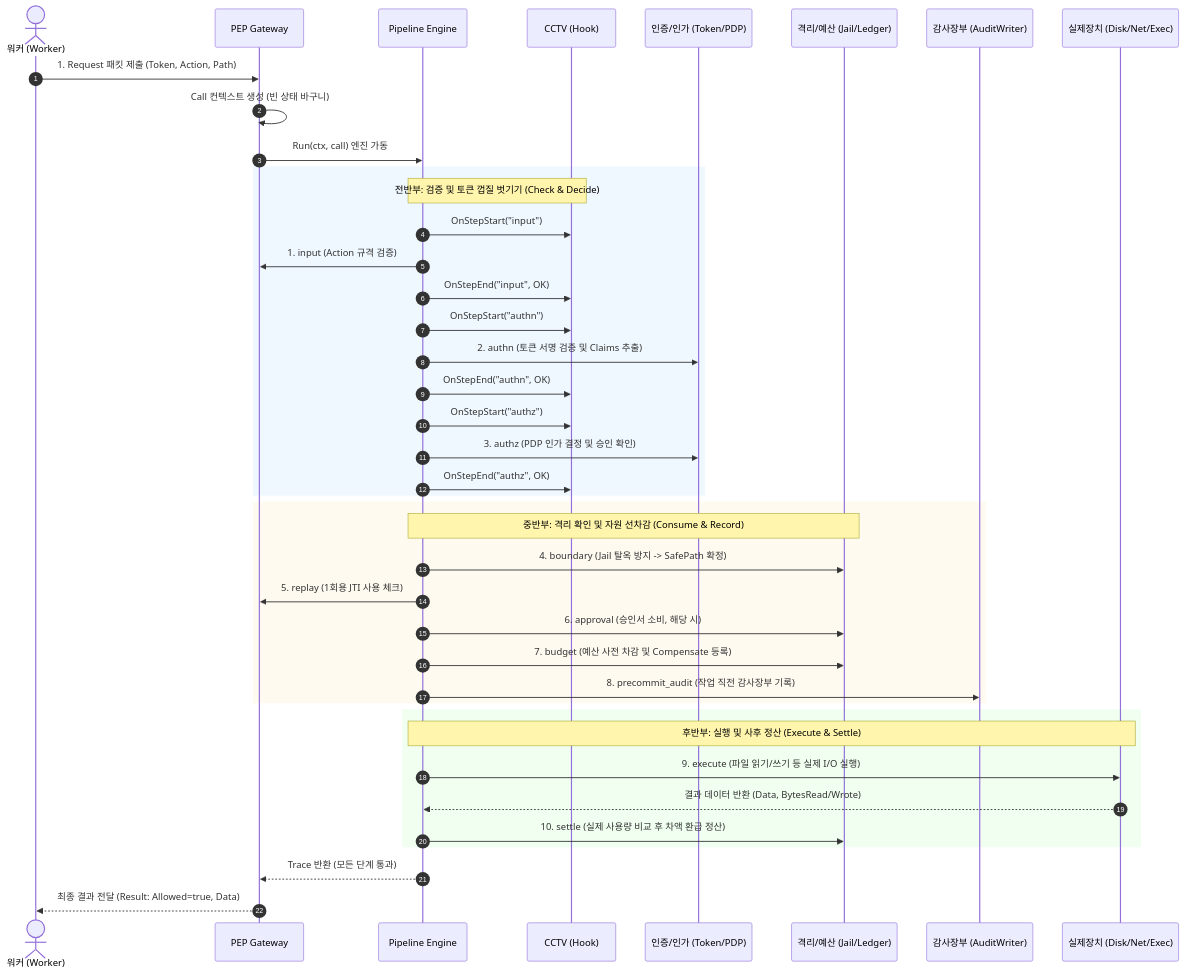
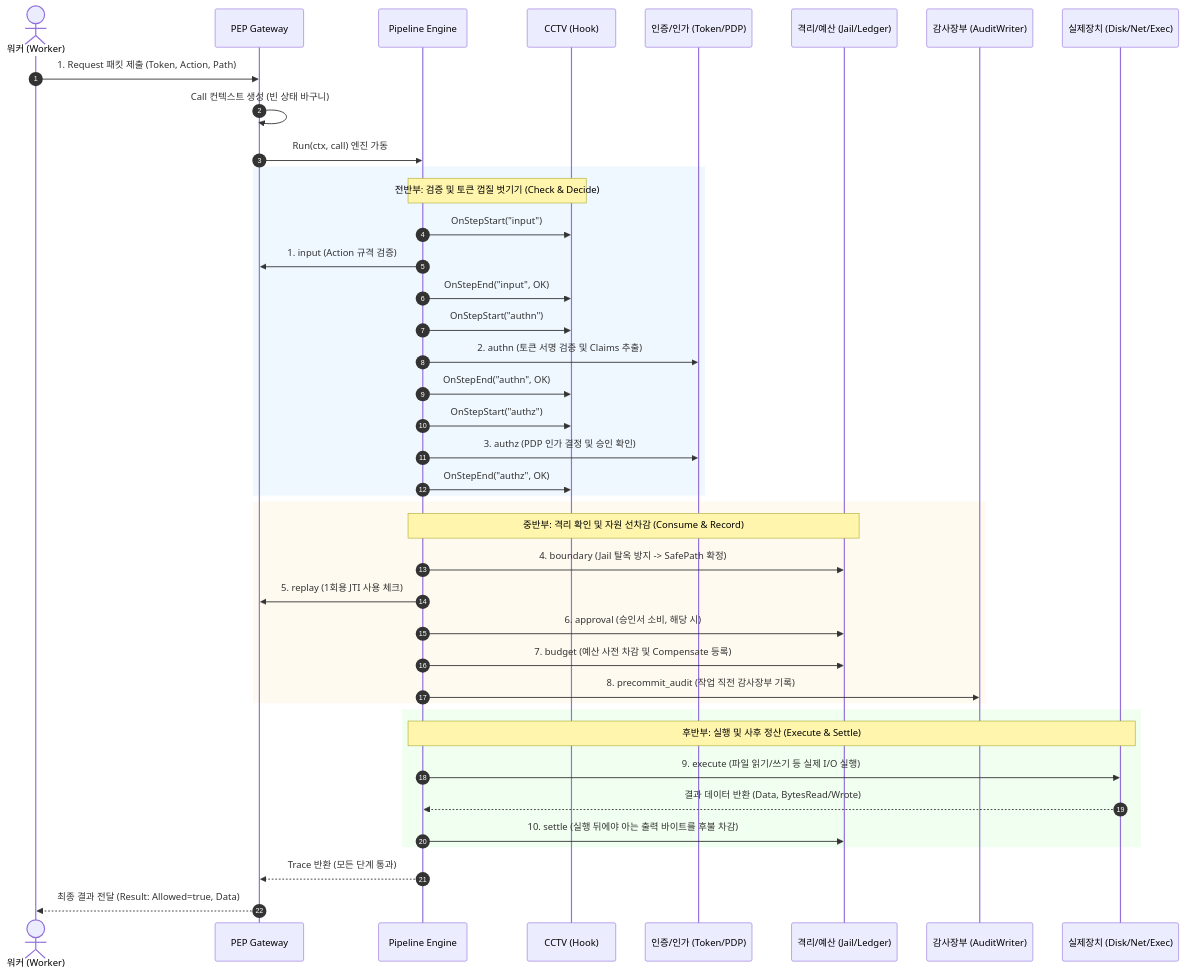
The third of 5 diagrams in docs/작동원리/007-파이프라인_컨베이어벨트_양파패킷_DIP_관측_해설.md (RadiantCitron/authz-harness), drawn with Mermaid before and after one commit. The commit also changed other lines of this file and 1 other file, not shown here.

````diff
--- a/docs/작동원리/007-파이프라인_컨베이어벨트_양파패킷_DIP_관측_해설.md
+++ b/docs/작동원리/007-파이프라인_컨베이어벨트_양파패킷_DIP_관측_해설.md
@@ -470,50 +470,50 @@
 ```mermaid
 sequenceDiagram
     autonumber
     actor Worker as 워커 (Worker)
     participant PEP as PEP Gateway
     participant Eng as Pipeline Engine
     participant Hook as CCTV (Hook)
     participant Auth as 인증/인가 (Token/PDP)
     participant Safe as 격리/예산 (Jail/Ledger)
     participant Audit as 감사장부 (AuditWriter)
     participant OS as 실제장치 (Disk/Net/Exec)
 
     Worker->>PEP: 1. Request 패킷 제출 (Token, Action, Path)
     PEP->>PEP: Call 컨텍스트 생성 (빈 상태 바구니)
     PEP->>Eng: Run(ctx, call) 엔진 가동
 
     rect rgb(240, 248, 255)
         note over Eng,Hook: 전반부: 검증 및 토큰 껍질 벗기기 (Check & Decide)
         Eng->>Hook: OnStepStart("input")
         Eng->>PEP: 1. input (Action 규격 검증)
         Eng->>Hook: OnStepEnd("input", OK)
 
         Eng->>Hook: OnStepStart("authn")
         Eng->>Auth: 2. authn (토큰 서명 검증 및 Claims 추출)
         Eng->>Hook: OnStepEnd("authn", OK)
 
         Eng->>Hook: OnStepStart("authz")
         Eng->>Auth: 3. authz (PDP 인가 결정 및 승인 확인)
         Eng->>Hook: OnStepEnd("authz", OK)
     end
 
     rect rgb(255, 250, 240)
         note over Eng,Safe: 중반부: 격리 확인 및 자원 선차감 (Consume & Record)
         Eng->>Safe: 4. boundary (Jail 탈옥 방지 -> SafePath 확정)
         Eng->>PEP: 5. replay (1회용 JTI 사용 체크)
         Eng->>Safe: 6. approval (승인서 소비, 해당 시)
         Eng->>Safe: 7. budget (예산 사전 차감 및 Compensate 등록)
         Eng->>Audit: 8. precommit_audit (작업 직전 감사장부 기록)
     end
 
     rect rgb(240, 255, 240)
         note over Eng,OS: 후반부: 실행 및 사후 정산 (Execute & Settle)
         Eng->>OS: 9. execute (파일 읽기/쓰기 등 실제 I/O 실행)
         OS-->>Eng: 결과 데이터 반환 (Data, BytesRead/Wrote)
-        Eng->>Safe: 10. settle (실제 사용량 비교 후 차액 환급 정산)
+        Eng->>Safe: 10. settle (실행 뒤에야 아는 출력 바이트를 후불 차감)
     end
 
     Eng-->>PEP: Trace 반환 (모든 단계 통과)
     PEP-->>Worker: 최종 결과 전달 (Result: Allowed=true, Data)
 ```
````
